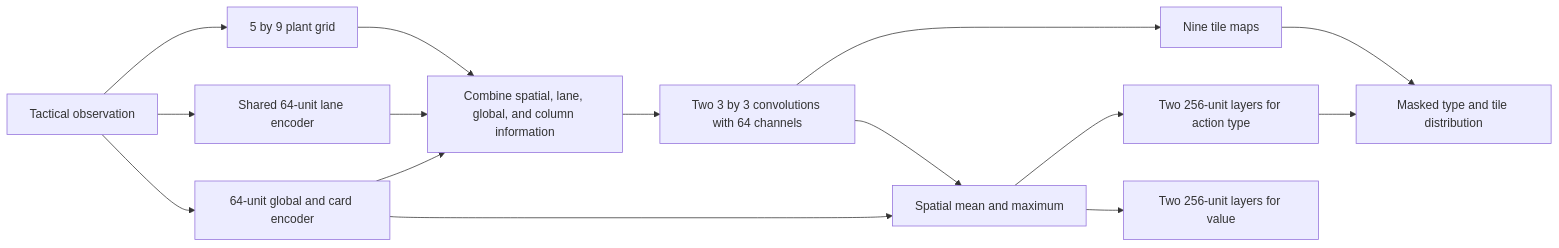
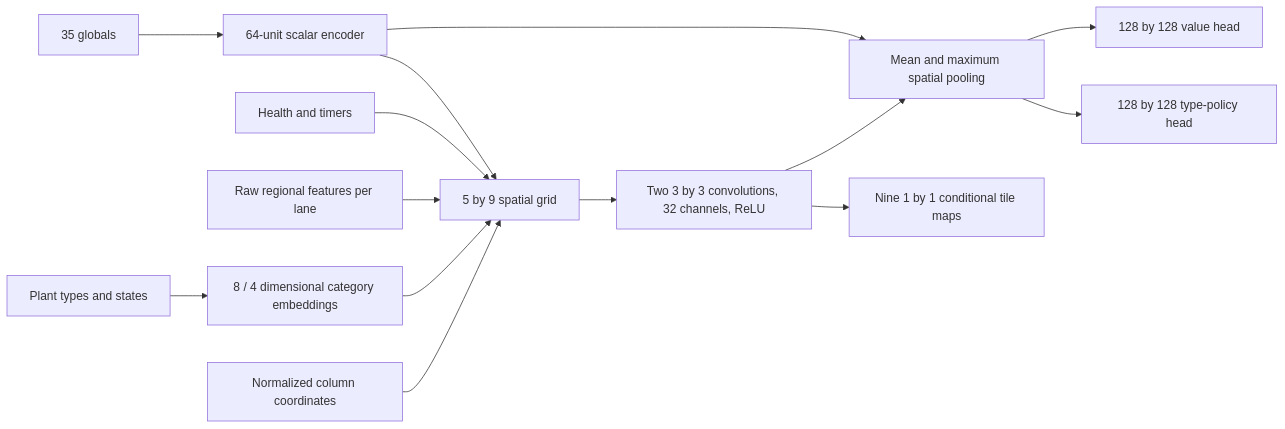
One commit to Comb1e/RL-Pvz changed the second of 3 diagrams in docs/architecture.md. Above: the diagram before and after it, drawn with Mermaid. The commit also changed other lines of this file and 58 other files, not shown here.

````diff
--- a/docs/architecture.md
+++ b/docs/architecture.md
@@ -69,17 +61,16 @@
 ```mermaid
 flowchart LR
-    Obs[Tactical observation] --> Plants[5 by 9 plant grid]
-    Obs --> Lane[Shared 64-unit lane encoder]
-    Obs --> Global[64-unit global and card encoder]
-    Plants --> Board[Combine spatial, lane, global, and column information]
-    Lane --> Board
-    Global --> Board
-    Board --> Conv[Two 3 by 3 convolutions with 64 channels]
-    Conv --> Tiles[Nine tile maps]
-    Conv --> Pool[Spatial mean and maximum]
-    Global --> Pool
-    Pool --> Types[Two 256-unit layers for action type]
-    Pool --> Value[Two 256-unit layers for value]
-    Tiles --> Choice[Masked type and tile distribution]
-    Types --> Choice
+    Plants[Plant types and states] --> Embed[8 / 4 dimensional category embeddings]
+    Embed --> Grid[5 by 9 spatial grid]
+    Health[Health and timers] --> Grid
+    Regions[Raw regional features per lane] --> Grid
+    Global[35 globals] --> Scalar[64-unit scalar encoder]
+    Scalar --> Grid
+    Columns[Normalized column coordinates] --> Grid
+    Grid --> Conv[Two 3 by 3 convolutions, 32 channels, ReLU]
+    Conv --> Tiles[Nine 1 by 1 conditional tile maps]
+    Conv --> Pool[Mean and maximum spatial pooling]
+    Scalar --> Pool
+    Pool --> Type[128 by 128 type-policy head]
+    Pool --> Value[128 by 128 value head]
 ```
````
